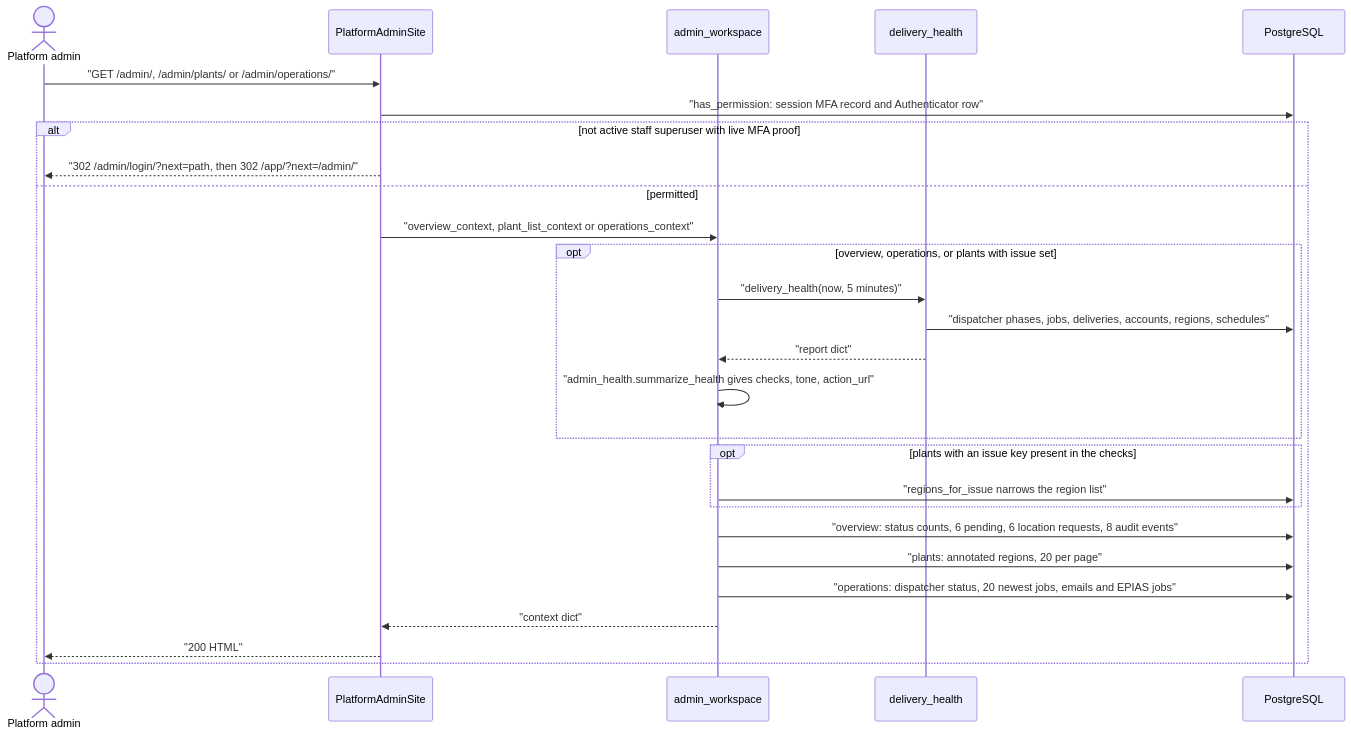
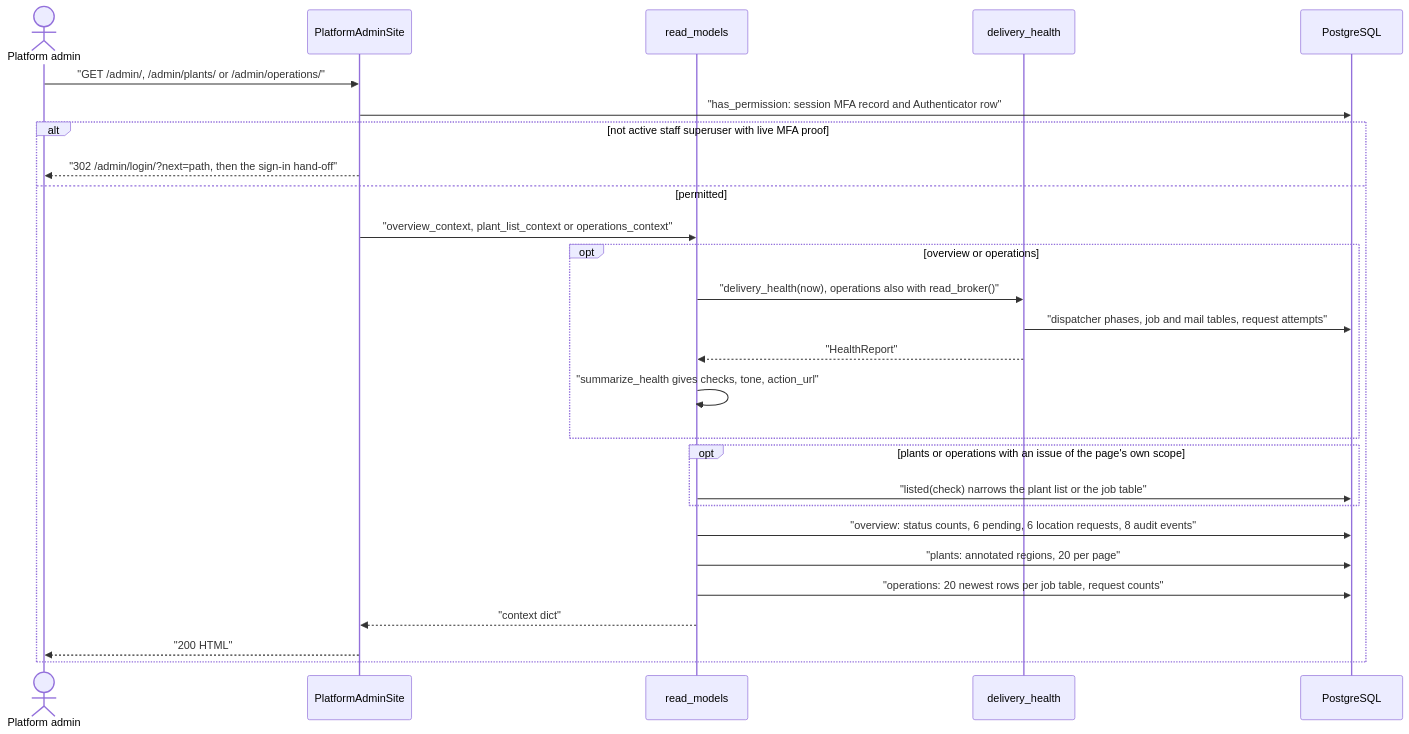
The diagram in docs/flows/admin-overview-and-operations.md (erkurtharun/pyracast), drawn with Mermaid before and after one commit. The commit also changed other lines of this file and 7 other files, not shown here.

First line of the commit message:
Bring the platform administration flow pages in line with the code and add workspace management

````diff
--- a/docs/flows/admin-overview-and-operations.md
+++ b/docs/flows/admin-overview-and-operations.md
@@ -14,29 +15,29 @@
 ```mermaid
 sequenceDiagram
     actor A as Platform admin
     participant V as PlatformAdminSite
-    participant W as admin_workspace
+    participant W as read_models
     participant H as delivery_health
     participant DB as PostgreSQL
     A->>V: "GET /admin/, /admin/plants/ or /admin/operations/"
     V->>DB: "has_permission: session MFA record and Authenticator row"
     alt not active staff superuser with live MFA proof
-        V-->>A: "302 /admin/login/?next=path, then 302 /app/?next=/admin/"
+        V-->>A: "302 /admin/login/?next=path, then the sign-in hand-off"
     else permitted
         V->>W: "overview_context, plant_list_context or operations_context"
-        opt overview, operations, or plants with issue set
-            W->>H: "delivery_health(now, 5 minutes)"
-            H->>DB: "dispatcher phases, jobs, deliveries, accounts, regions, schedules"
-            H-->>W: "report dict"
-            W->>W: "admin_health.summarize_health gives checks, tone, action_url"
+        opt overview or operations
+            W->>H: "delivery_health(now), operations also with read_broker()"
+            H->>DB: "dispatcher phases, job and mail tables, request attempts"
+            H-->>W: "HealthReport"
+            W->>W: "summarize_health gives checks, tone, action_url"
         end
-        opt plants with an issue key present in the checks
-            W->>DB: "regions_for_issue narrows the region list"
+        opt plants or operations with an issue of the page's own scope
+            W->>DB: "listed(check) narrows the plant list or the job table"
         end
         W->>DB: "overview: status counts, 6 pending, 6 location requests, 8 audit events"
         W->>DB: "plants: annotated regions, 20 per page"
-        W->>DB: "operations: dispatcher status, 20 newest jobs, emails and EPIAS jobs"
+        W->>DB: "operations: 20 newest rows per job table, request counts"
         W-->>V: "context dict"
         V-->>A: "200 HTML"
     end
 ```
````
